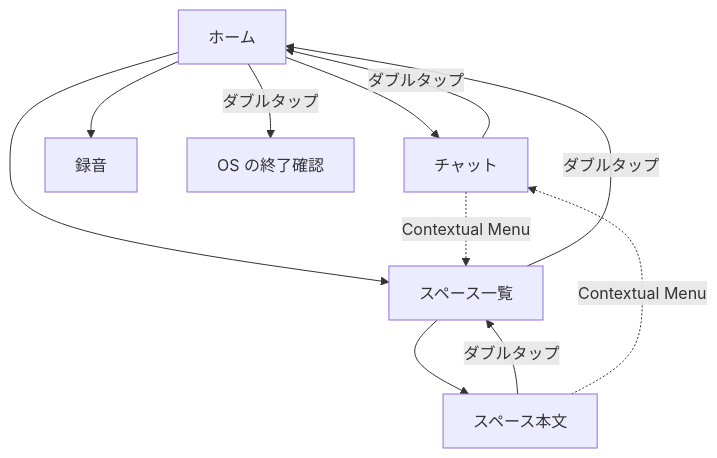
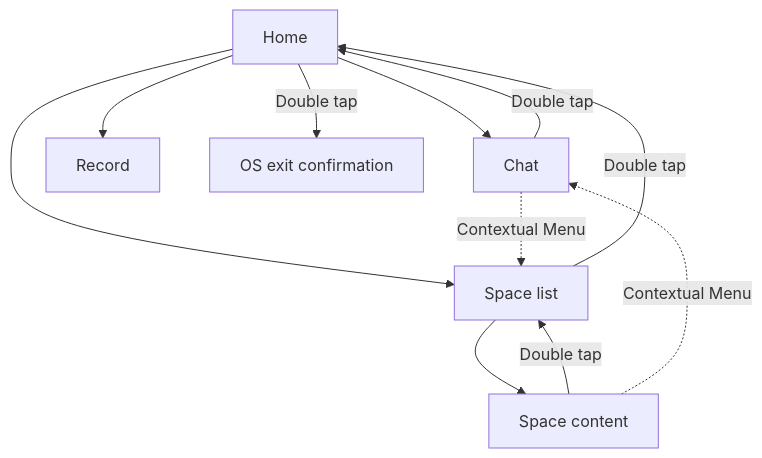
The third of 4 diagrams in docs/ui.md (3mintimer/muse-relay), drawn with Mermaid before and after one commit. The commit also changed other lines of this file and 49 other files, not shown here.

````diff
--- a/docs/ui.md
+++ b/docs/ui.md
@@ -109,13 +111,13 @@
 ```mermaid
 flowchart TD
-  H[ホーム] --> C[チャット]
-  H --> S[スペース一覧]
-  H --> V[録音]
-  S --> D[スペース本文]
-  C -->|ダブルタップ| H
-  D -->|ダブルタップ| S
-  S -->|ダブルタップ| H
-  H -->|ダブルタップ| E[OS の終了確認]
+  H[Home] --> C[Chat]
+  H --> S[Space list]
+  H --> V[Record]
+  S --> D[Space content]
+  C -->|Double tap| H
+  D -->|Double tap| S
+  S -->|Double tap| H
+  H -->|Double tap| E[OS exit confirmation]
   C -. Contextual Menu .-> S
   D -. Contextual Menu .-> C
 ```
````
